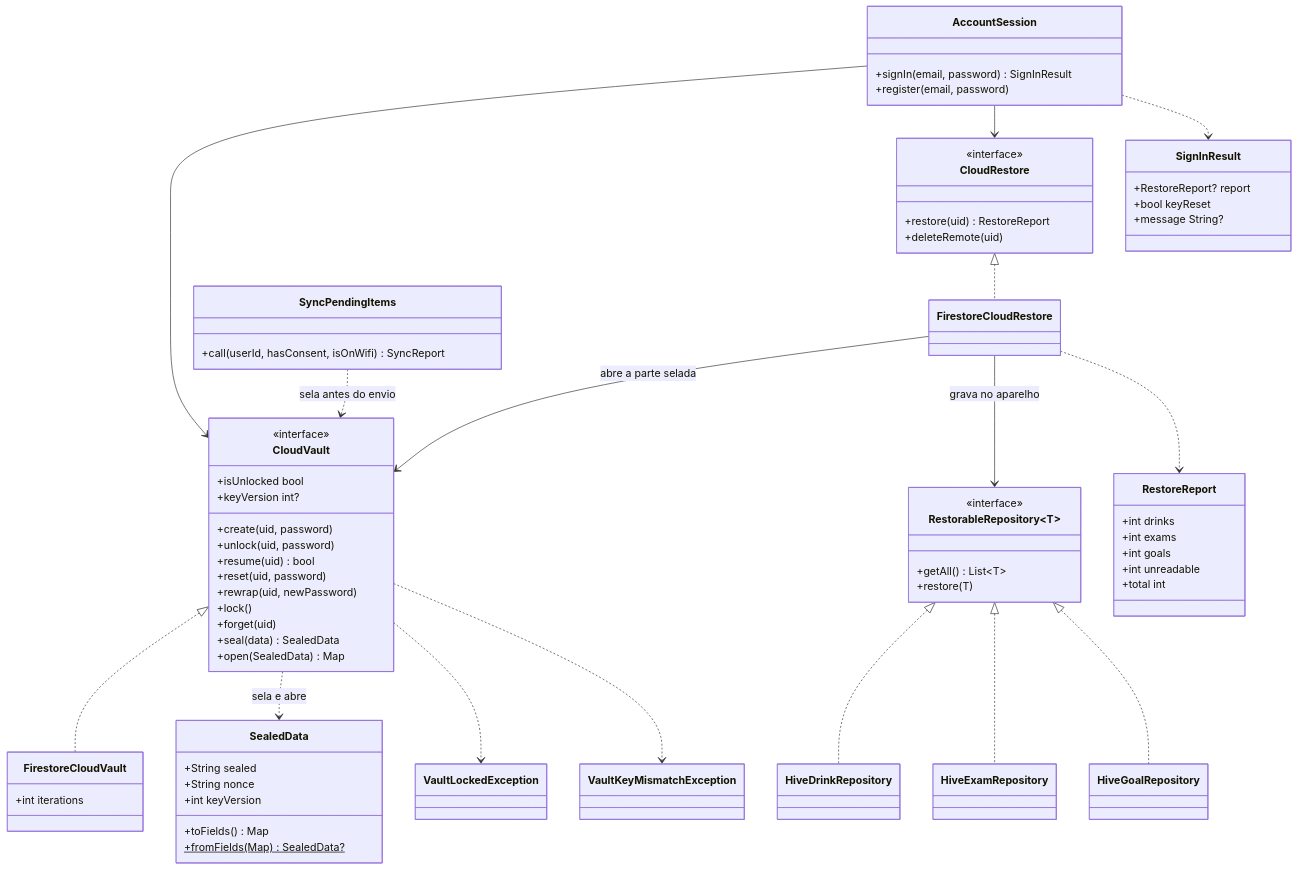
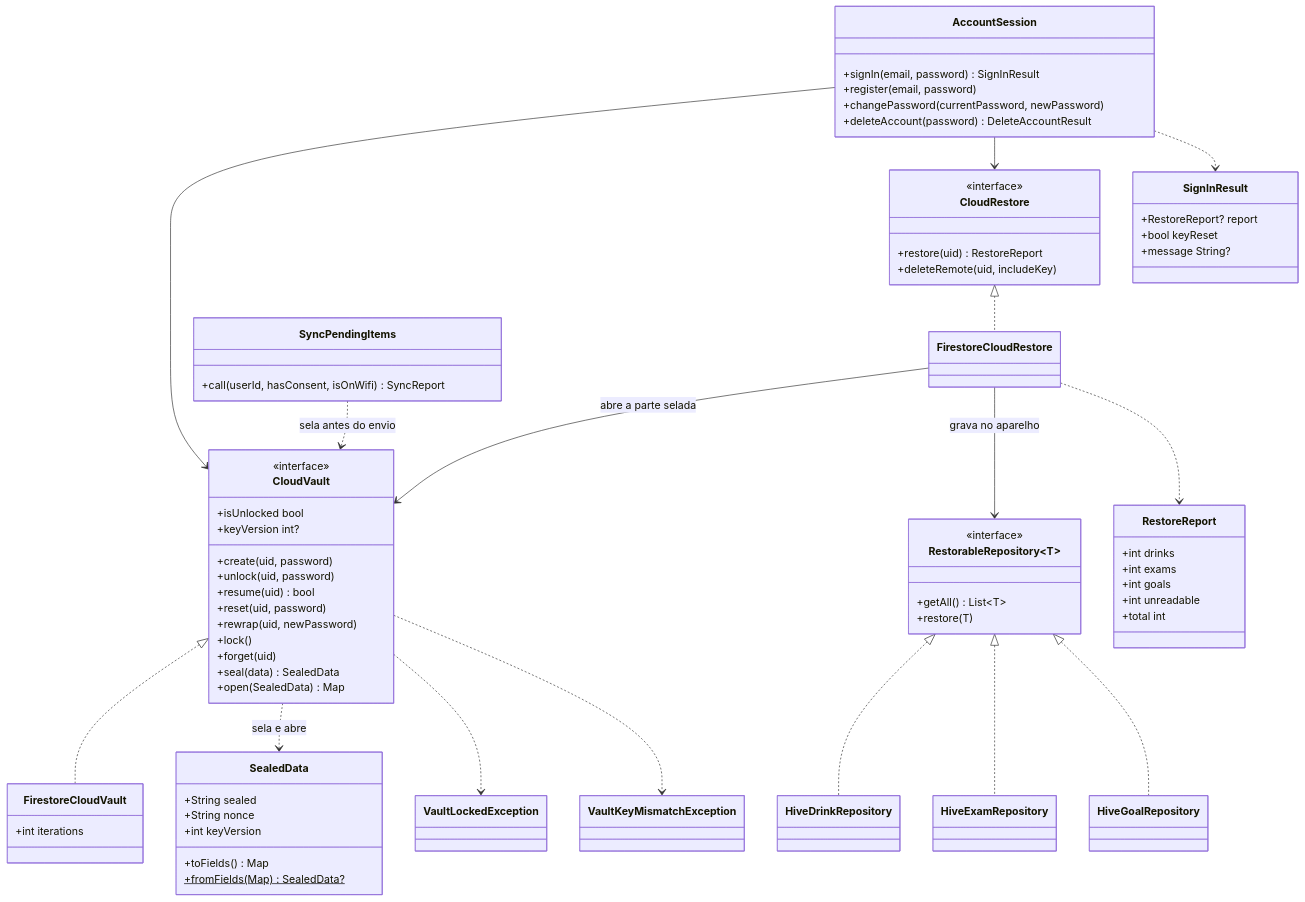
One commit to wiliafsilva/hepatocheck changed the fourth of 4 diagrams in docs/diagrama-de-classes.md. Above: the diagram before and after it, drawn with Mermaid. The commit also changed other lines of this file and 6 other files, not shown here.

Commit message:
docs: refinamento da semana 4 no fluxo, diagrama de classes, arquitetura, Firestore, justificativas, escopo e requisitos

````diff
--- a/docs/diagrama-de-classes.md
+++ b/docs/diagrama-de-classes.md
@@ -396,79 +408,81 @@
 ```mermaid
 classDiagram
     direction TB
 
     class CloudVault {
         <<interface>>
         +isUnlocked bool
         +keyVersion int?
         +create(uid, password)
         +unlock(uid, password)
         +resume(uid) bool
         +reset(uid, password)
         +rewrap(uid, newPassword)
         +lock()
         +forget(uid)
         +seal(data) SealedData
         +open(SealedData) Map
     }
     class SealedData {
         +String sealed
         +String nonce
         +int keyVersion
         +toFields() Map
         +fromFields(Map)$ SealedData?
     }
     class VaultLockedException
     class VaultKeyMismatchException
     class FirestoreCloudVault {
         +int iterations
     }
 
     class CloudRestore {
         <<interface>>
         +restore(uid) RestoreReport
-        +deleteRemote(uid)
+        +deleteRemote(uid, includeKey)
     }
     class RestoreReport {
         +int drinks
         +int exams
         +int goals
         +int unreadable
         +total int
     }
     class RestorableRepository~T~ {
         <<interface>>
         +getAll() List~T~
         +restore(T)
     }
     class FirestoreCloudRestore
 
     class SyncPendingItems {
         +call(userId, hasConsent, isOnWifi) SyncReport
     }
     class AccountSession {
         +signIn(email, password) SignInResult
         +register(email, password)
+        +changePassword(currentPassword, newPassword)
+        +deleteAccount(password) DeleteAccountResult
     }
     class SignInResult {
         +RestoreReport? report
         +bool keyReset
         +message String?
     }
 
     CloudVault <|.. FirestoreCloudVault
     CloudRestore <|.. FirestoreCloudRestore
     RestorableRepository <|.. HiveDrinkRepository
     RestorableRepository <|.. HiveExamRepository
     RestorableRepository <|.. HiveGoalRepository
     CloudVault ..> SealedData : sela e abre
     CloudVault ..> VaultLockedException
     CloudVault ..> VaultKeyMismatchException
     FirestoreCloudRestore --> CloudVault : abre a parte selada
     FirestoreCloudRestore --> RestorableRepository : grava no aparelho
     FirestoreCloudRestore ..> RestoreReport
     SyncPendingItems ..> CloudVault : sela antes do envio
     AccountSession --> CloudVault
     AccountSession --> CloudRestore
     AccountSession ..> SignInResult
 ```
````
